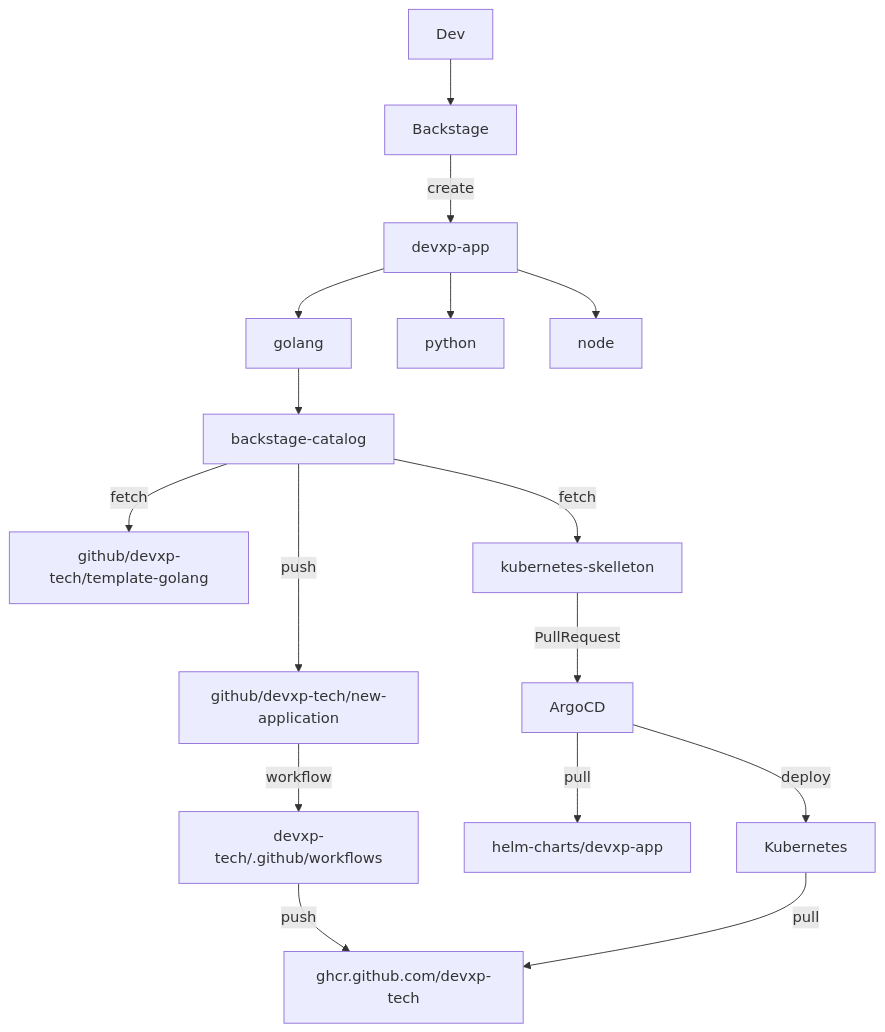
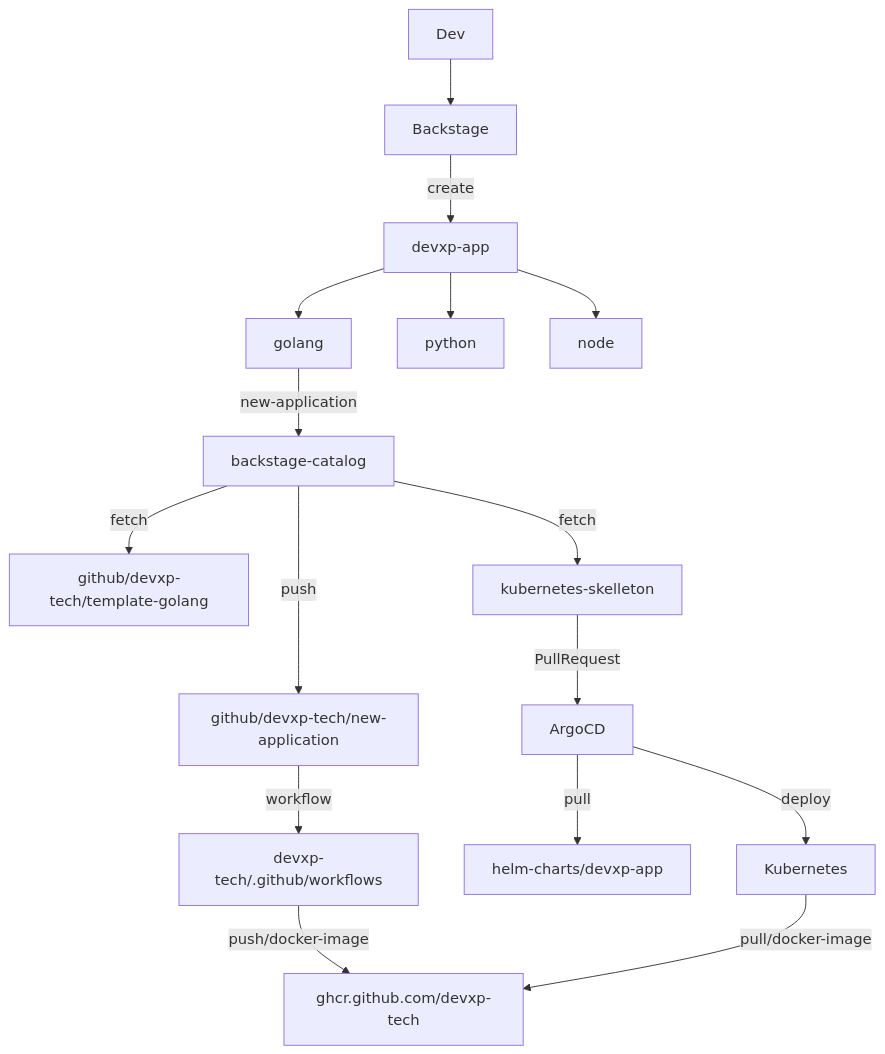
Before and after one commit to devxp-tech/backstage: the diagram in README.md, drawn with Mermaid.

Commit message:
[ci skip] :up: Add Synk Workflow

````diff
--- a/README.md
+++ b/README.md
@@ -54,18 +54,18 @@
 ```mermaid
 graph TD;
     Dev-->Backstage;
     Backstage--create-->devxp-app;
     devxp-app-->golang;
     devxp-app-->python;
     devxp-app-->node;
-    golang-->backstage-catalog;
+    golang--new-application-->backstage-catalog;
     backstage-catalog--fetch-->github/devxp-tech/template-golang;
     backstage-catalog--fetch-->kubernetes-skelleton;
     backstage-catalog--push-->github/devxp-tech/new-application;
     kubernetes-skelleton--PullRequest-->ArgoCD;
     github/devxp-tech/new-application--workflow-->devxp-tech/.github/workflows;
     ArgoCD--pull-->helm-charts/devxp-app;
     ArgoCD--deploy-->Kubernetes;
-    devxp-tech/.github/workflows--push-->ghcr.github.com/devxp-tech;
-    Kubernetes--pull-->ghcr.github.com/devxp-tech;
+    devxp-tech/.github/workflows--push/docker-image-->ghcr.github.com/devxp-tech;
+    Kubernetes--pull/docker-image-->ghcr.github.com/devxp-tech;
 ```
````
